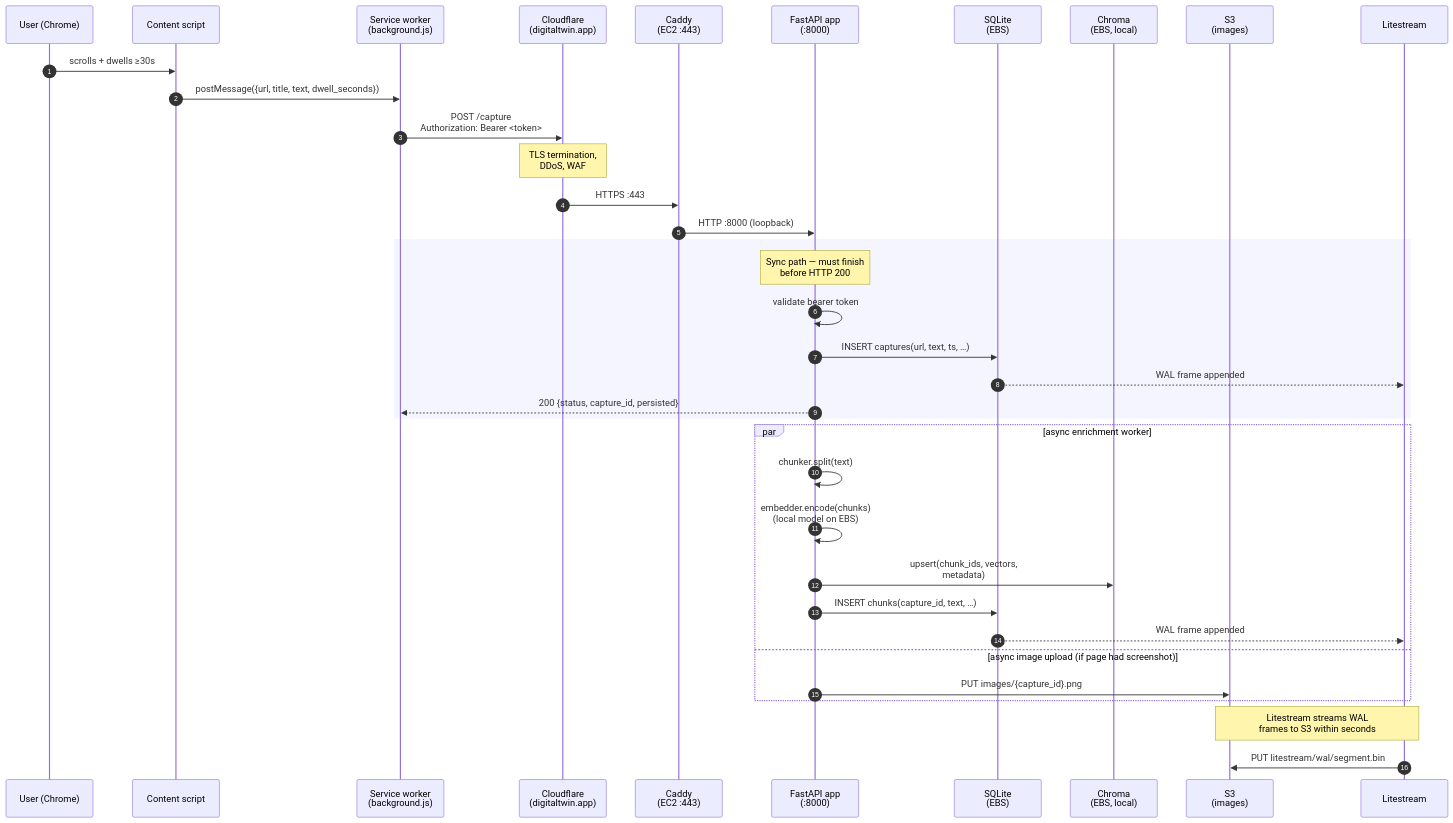
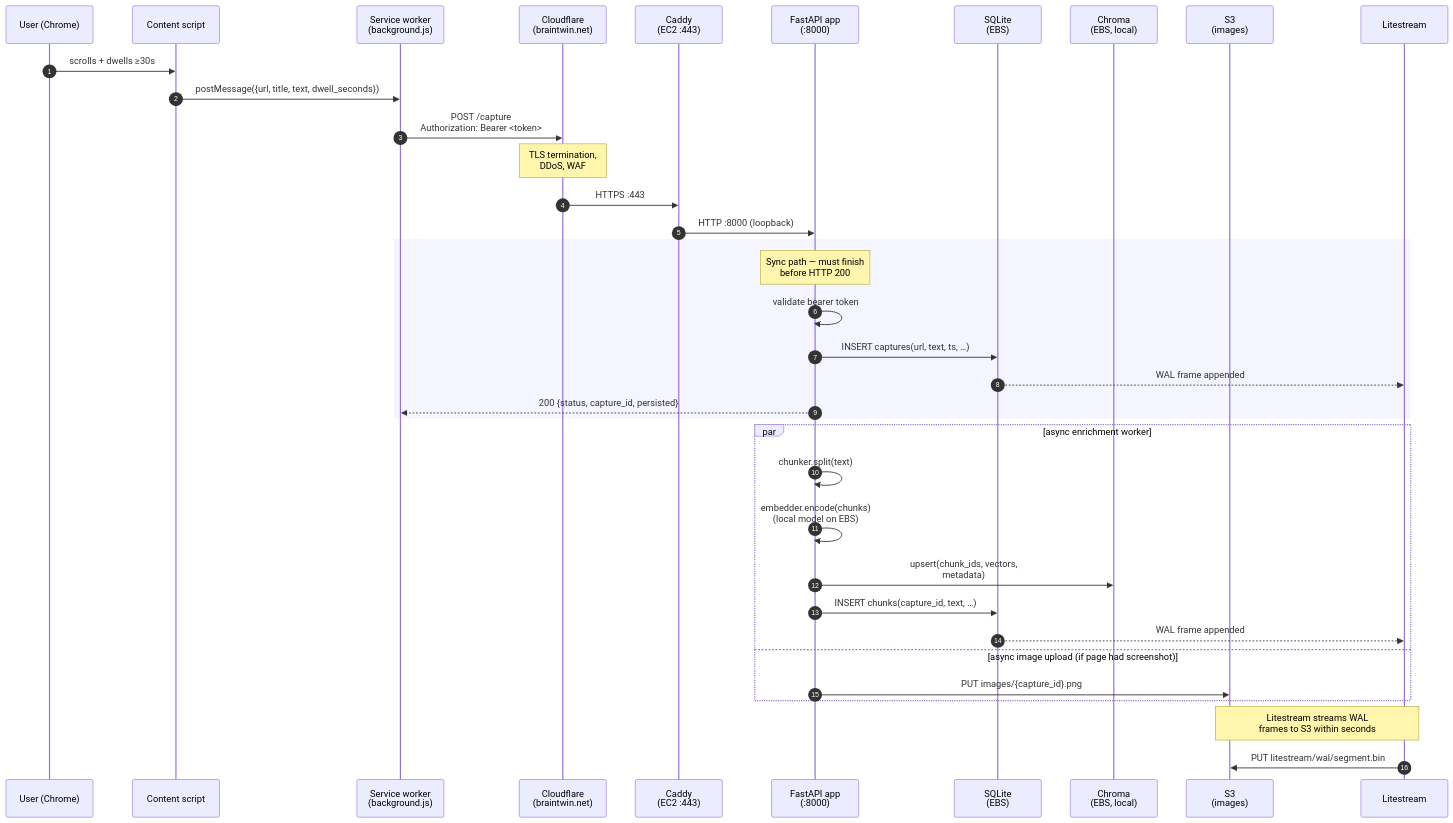
Before and after one commit to sabyasachibisoyi/BrainTwin: the diagram in docs/diagrams/flow-capture.md, drawn with Mermaid. The commit also changed 11 other files, not shown here.

First line of the commit message:
refactor(phase-4.0.6): consolidate brand to BrainTwin + move domain to braintwin.net

````diff
--- a/docs/diagrams/flow-capture.md
+++ b/docs/diagrams/flow-capture.md
@@ -9,42 +9,42 @@
 ```mermaid
 sequenceDiagram
     autonumber
     participant U as User (Chrome)
     participant CS as Content script
     participant SW as Service worker<br/>(background.js)
-    participant CF as Cloudflare<br/>(digitaltwin.app)
+    participant CF as Cloudflare<br/>(braintwin.net)
     participant Cad as Caddy<br/>(EC2 :443)
     participant API as FastAPI app<br/>(:8000)
     participant SQL as SQLite<br/>(EBS)
     participant Chr as Chroma<br/>(EBS, local)
     participant S3 as S3<br/>(images)
     participant LS as Litestream
 
     U->>CS: scrolls + dwells ≥30s
     CS->>SW: postMessage({url, title, text, dwell_seconds})
     SW->>CF: POST /capture<br/>Authorization: Bearer <token>
     Note over CF: TLS termination,<br/>DDoS, WAF
     CF->>Cad: HTTPS :443
     Cad->>API: HTTP :8000 (loopback)
 
     rect rgb(245, 245, 255)
         Note over API: Sync path — must finish<br/>before HTTP 200
         API->>API: validate bearer token
         API->>SQL: INSERT captures(url, text, ts, …)
         SQL-->>LS: WAL frame appended
         API-->>SW: 200 {status, capture_id, persisted}
     end
 
     par async enrichment worker
         API->>API: chunker.split(text)
         API->>API: embedder.encode(chunks)<br/>(local model on EBS)
         API->>Chr: upsert(chunk_ids, vectors,<br/>metadata)
         API->>SQL: INSERT chunks(capture_id, text, …)
         SQL-->>LS: WAL frame appended
     and async image upload (if page had screenshot)
         API->>S3: PUT images/{capture_id}.png
     end
 
     Note over LS,S3: Litestream streams WAL<br/>frames to S3 within seconds
     LS->>S3: PUT litestream/wal/segment.bin
 ```
````
